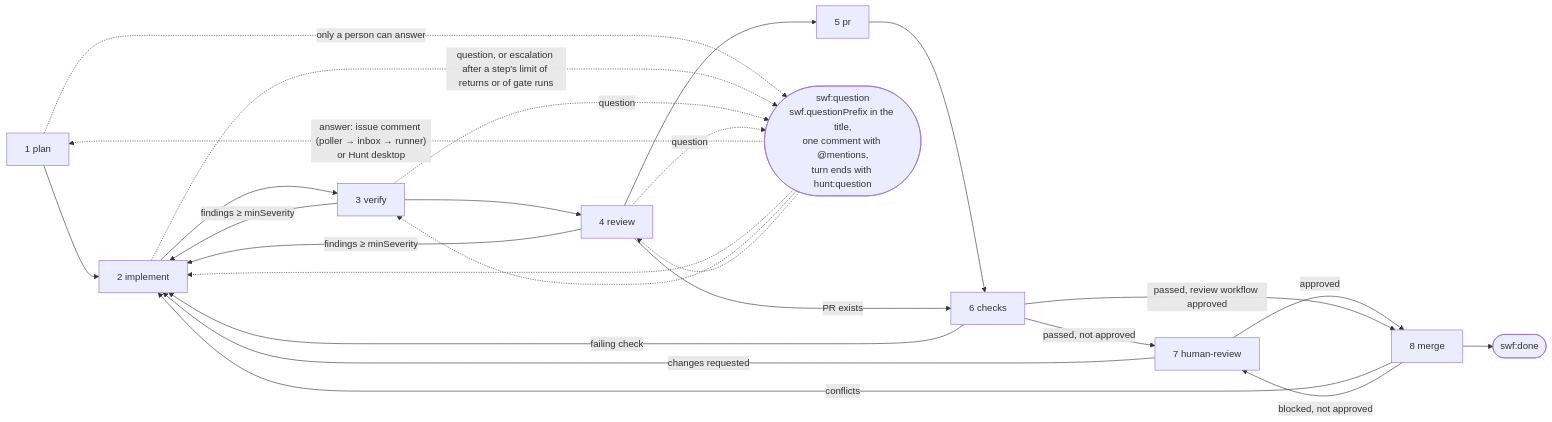
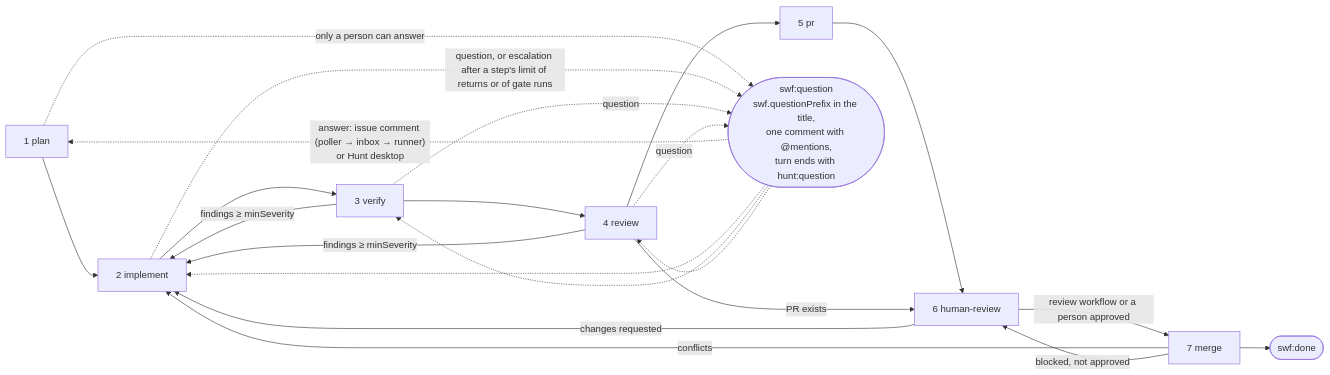
One commit to unshoppable/hunt changed the diagram in libs/domain/prompts/swf/README.md. Above: the diagram before and after it, drawn with Mermaid. The commit also changed other lines of this file and 36 other files, not shown here.

````diff
--- a/libs/domain/prompts/swf/README.md
+++ b/libs/domain/prompts/swf/README.md
@@ -55,24 +59,22 @@
 ```mermaid
 flowchart LR
-    plan[1 plan] --> implement[2 implement] --> verify[3 verify] --> review[4 review] --> pr[5 pr] --> checks[6 checks]
+    plan[1 plan] --> implement[2 implement] --> verify[3 verify] --> review[4 review] --> pr[5 pr] --> human[6 human-review]
     verify -->|findings ≥ minSeverity| implement
     review -->|findings ≥ minSeverity| implement
-    review -->|PR exists| checks
-    checks -->|failing check| implement
-    checks -->|passed, not approved| human[7 human-review] -->|approved| merge[8 merge]
-    checks -->|passed, review workflow approved| merge
+    review -->|PR exists| human
+    human -->|review workflow or a person approved| merge[7 merge]
     human -->|changes requested| implement
     merge -->|conflicts| implement
     merge -->|blocked, not approved| human
     merge --> done([swf:done])
 
     question([swf:question<br/>swf.questionPrefix in the title,<br/>one comment with @mentions,<br/>turn ends with hunt:question])
     plan -. "only a person can answer" .-> question
     implement -. "question, or escalation after a step's limit of returns or of gate runs" .-> question
     verify -. question .-> question
     review -. question .-> question
     question -. "answer: issue comment (poller → inbox → runner)<br/>or Hunt desktop" .-> plan
     question -.-> implement
     question -.-> verify
     question -.-> review
 ```
````
